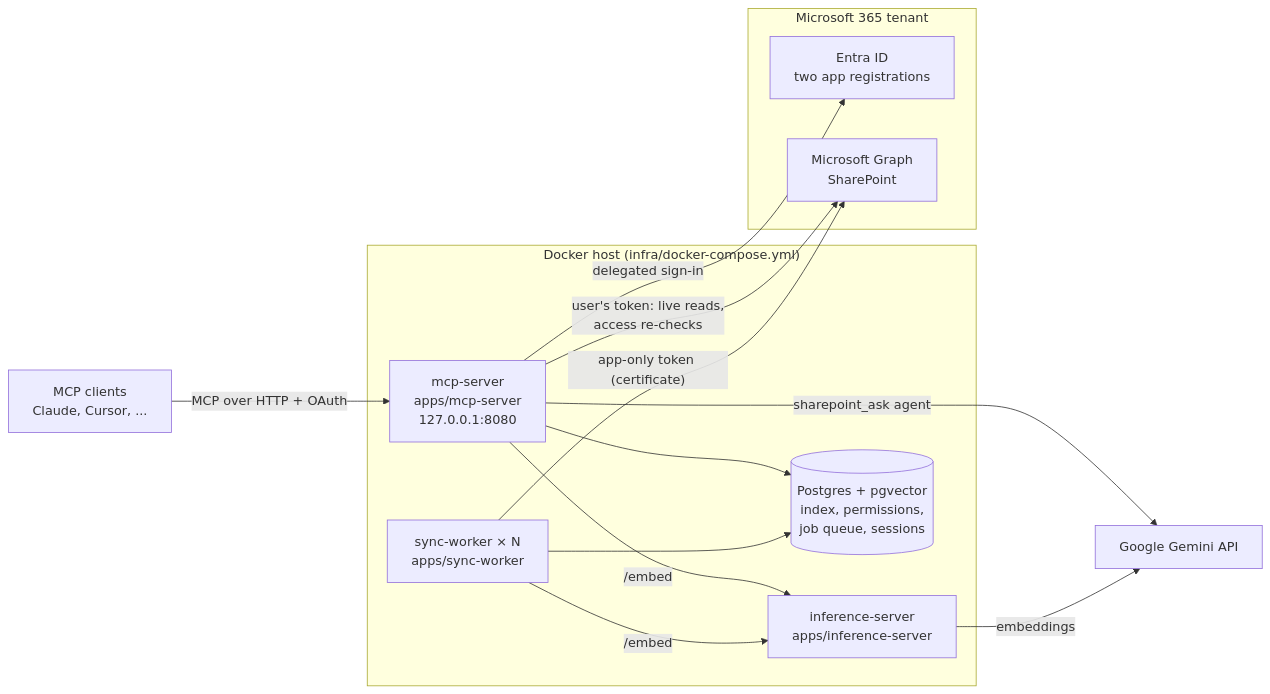
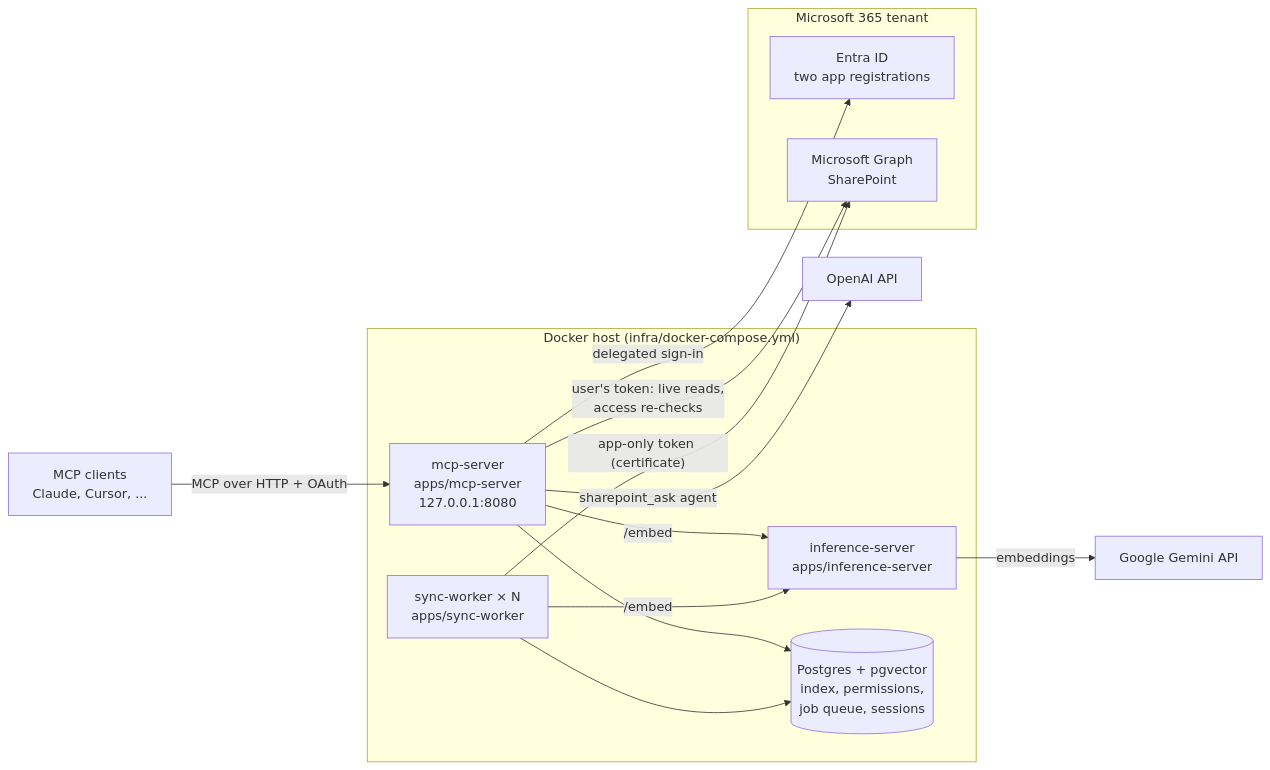
The diagram in README.md (istvanvonfedak/sharepoint-knowledge-agent), drawn with Mermaid before and after one commit. The commit also changed other lines of this file and 43 other files, not shown here.

First line of the commit message:
Cut sharepoint_ask cost 93% with caching, a code interpreter and cheaper models

````diff
--- a/README.md
+++ b/README.md
@@ -12,30 +13,31 @@
 ```mermaid
 flowchart LR
     CLIENT["MCP clients<br/>Claude, Cursor, ..."]
 
     subgraph HOST["Docker host (infra/docker-compose.yml)"]
         MCP["mcp-server<br/>apps/mcp-server<br/>127.0.0.1:8080"]
         SW["sync-worker × N<br/>apps/sync-worker"]
         INF["inference-server<br/>apps/inference-server"]
         PG[("Postgres + pgvector<br/>index, permissions,<br/>job queue, sessions")]
     end
 
     subgraph MS["Microsoft 365 tenant"]
         ENTRA["Entra ID<br/>two app registrations"]
         GRAPH["Microsoft Graph<br/>SharePoint"]
     end
 
     GEMINI["Google Gemini API"]
+    OPENAI["OpenAI API"]
 
     CLIENT -->|"MCP over HTTP + OAuth"| MCP
     MCP -->|"delegated sign-in"| ENTRA
     MCP -->|"user's token: live reads,<br/>access re-checks"| GRAPH
     MCP --> PG
     MCP -->|"/embed"| INF
-    MCP -->|"sharepoint_ask agent"| GEMINI
+    MCP -->|"sharepoint_ask agent"| OPENAI
 
     SW -->|"app-only token (certificate)"| GRAPH
     SW --> PG
     SW -->|"/embed"| INF
     INF -->|"embeddings"| GEMINI
 ```
````
